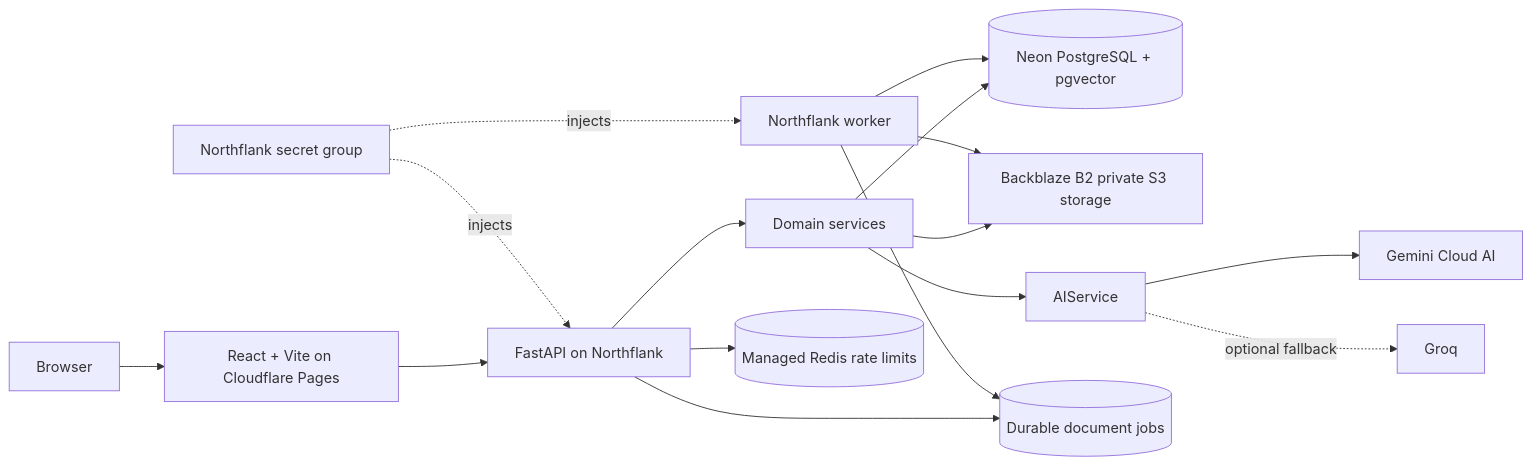
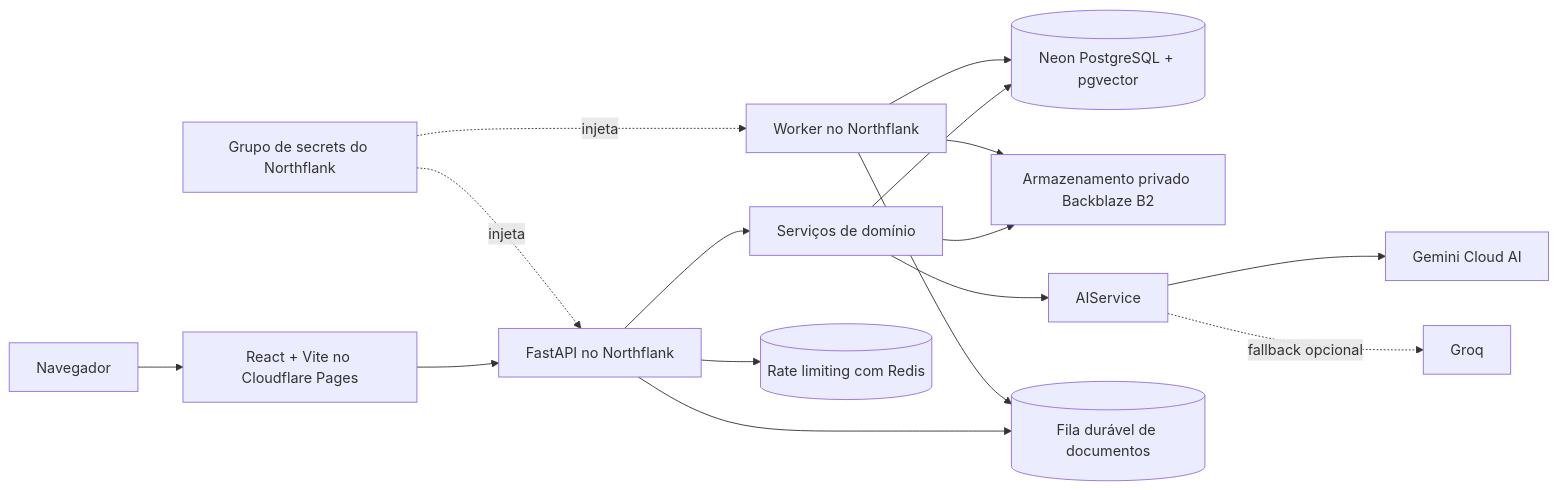
Before and after one commit to Leandrosp9/webapp-workflix: the diagram in README.md, drawn with Mermaid. The commit also changed other lines of this file and 22 other files, not shown here.

````diff
--- a/README.md
+++ b/README.md
@@ -79,18 +92,18 @@
 ```mermaid
 flowchart LR
-    Browser[Browser] --> Pages[React + Vite on Cloudflare Pages]
-    Pages --> API[FastAPI on Northflank]
-    API --> Services[Domain services]
+    Browser[Navegador] --> Pages[React + Vite no Cloudflare Pages]
+    Pages --> API[FastAPI no Northflank]
+    API --> Services[Serviços de domínio]
     Services --> DB[(Neon PostgreSQL + pgvector)]
-    Services --> Storage[Backblaze B2 private S3 storage]
+    Services --> Storage[Armazenamento privado Backblaze B2]
     Services --> AI[AIService]
     AI --> Gemini[Gemini Cloud AI]
-    AI -. optional fallback .-> Groq[Groq]
-    API --> Queue[(Durable document jobs)]
-    Worker[Northflank worker] --> Queue
+    AI -. fallback opcional .-> Groq[Groq]
+    API --> Queue[(Fila durável de documentos)]
+    Worker[Worker no Northflank] --> Queue
     Worker --> Storage
     Worker --> DB
-    API --> Redis[(Managed Redis rate limits)]
-    Secrets[Northflank secret group] -. injects .-> API
-    Secrets -. injects .-> Worker
+    API --> Redis[(Rate limiting com Redis)]
+    Secrets[Grupo de secrets do Northflank] -. injeta .-> API
+    Secrets -. injeta .-> Worker
 ```
````
